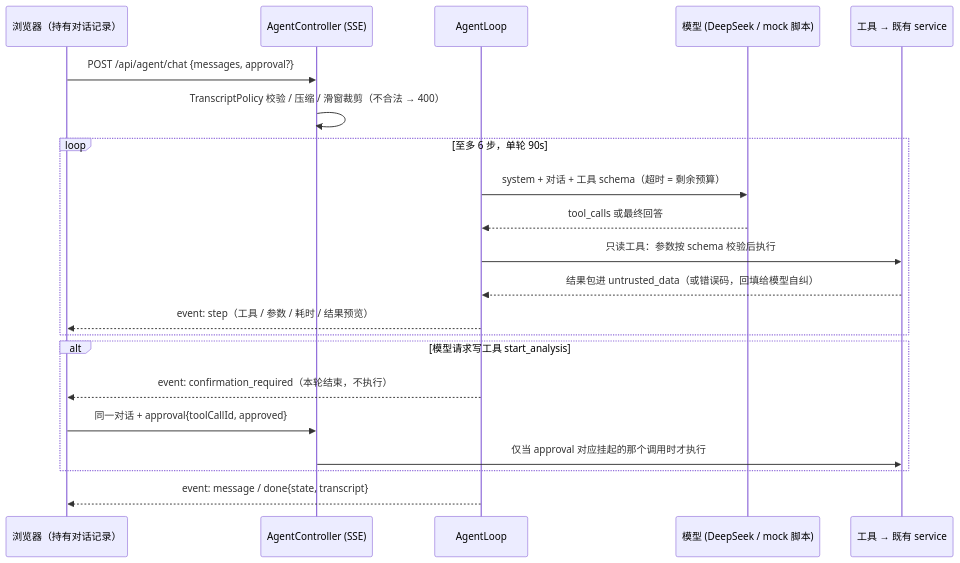
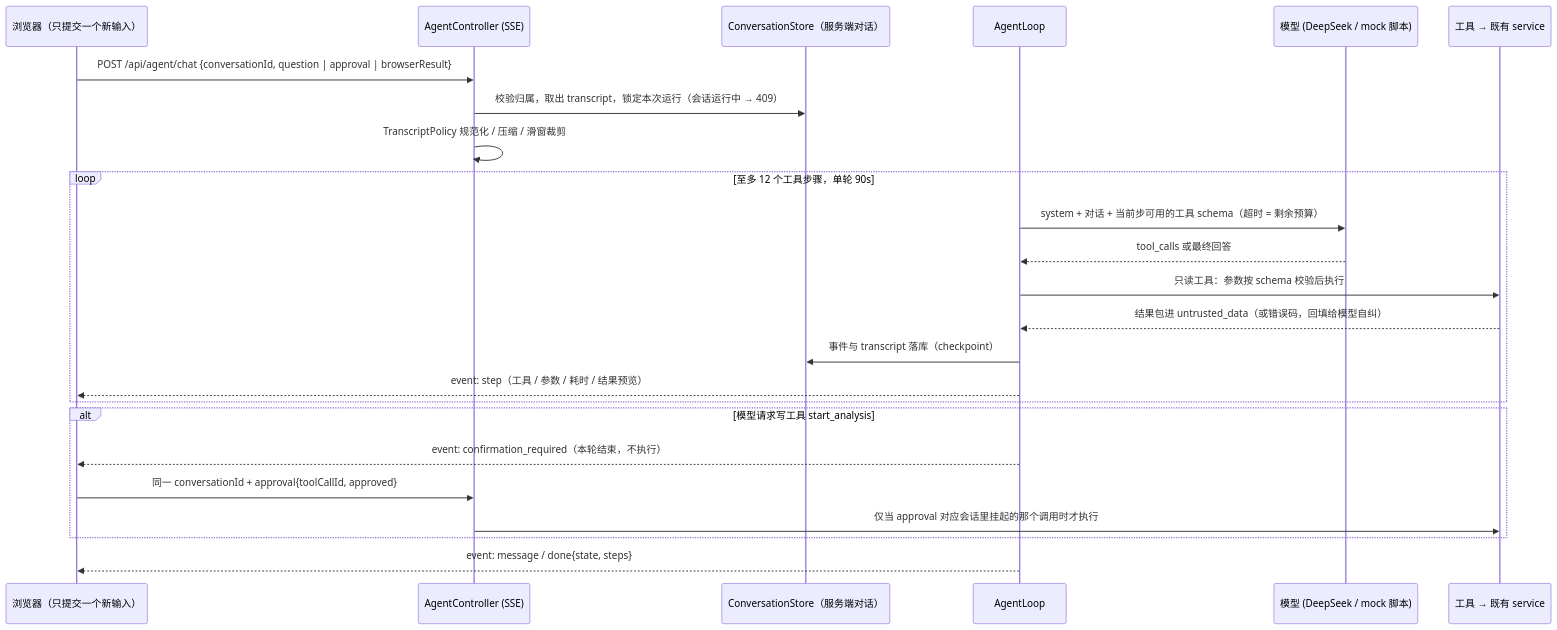
Before and after one commit to Emryswu/ResumeLens: the third of 3 diagrams in README.md, drawn with Mermaid. The commit also changed other lines of this file and 14 other files, not shown here.

````diff
--- a/README.md
+++ b/README.md
@@ -298,23 +299,26 @@
 ```mermaid
 sequenceDiagram
-    participant U as 浏览器（持有对话记录）
+    participant U as 浏览器（只提交一个新输入）
     participant C as AgentController (SSE)
+    participant S as ConversationStore（服务端对话）
     participant L as AgentLoop
     participant M as 模型 (DeepSeek / mock 脚本)
     participant T as 工具 → 既有 service
-    U->>C: POST /api/agent/chat {messages, approval?}
-    C->>C: TranscriptPolicy 校验 / 压缩 / 滑窗裁剪（不合法 → 400）
-    loop 至多 6 步，单轮 90s
-        L->>M: system + 对话 + 工具 schema（超时 = 剩余预算）
+    U->>C: POST /api/agent/chat {conversationId, question | approval | browserResult}
+    C->>S: 校验归属，取出 transcript，锁定本次运行（会话运行中 → 409）
+    C->>C: TranscriptPolicy 规范化 / 压缩 / 滑窗裁剪
+    loop 至多 12 个工具步骤，单轮 90s
+        L->>M: system + 对话 + 当前步可用的工具 schema（超时 = 剩余预算）
         M-->>L: tool_calls 或最终回答
         L->>T: 只读工具：参数按 schema 校验后执行
         T-->>L: 结果包进 untrusted_data（或错误码，回填给模型自纠）
+        L->>S: 事件与 transcript 落库（checkpoint）
         L-->>U: event: step（工具 / 参数 / 耗时 / 结果预览）
     end
     alt 模型请求写工具 start_analysis
         L-->>U: event: confirmation_required（本轮结束，不执行）
-        U->>C: 同一对话 + approval{toolCallId, approved}
-        C->>T: 仅当 approval 对应挂起的那个调用时才执行
+        U->>C: 同一 conversationId + approval{toolCallId, approved}
+        C->>T: 仅当 approval 对应会话里挂起的那个调用时才执行
     end
-    L-->>U: event: message / done{state, transcript}
+    L-->>U: event: message / done{state, steps}
 ```
````
